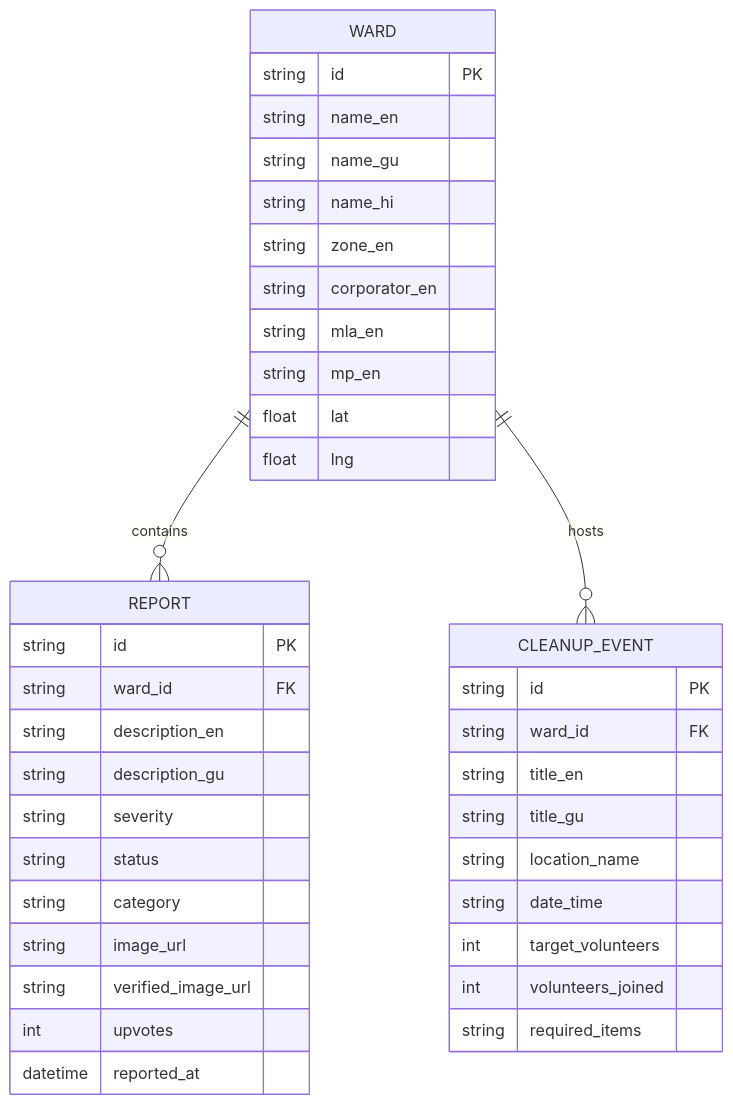
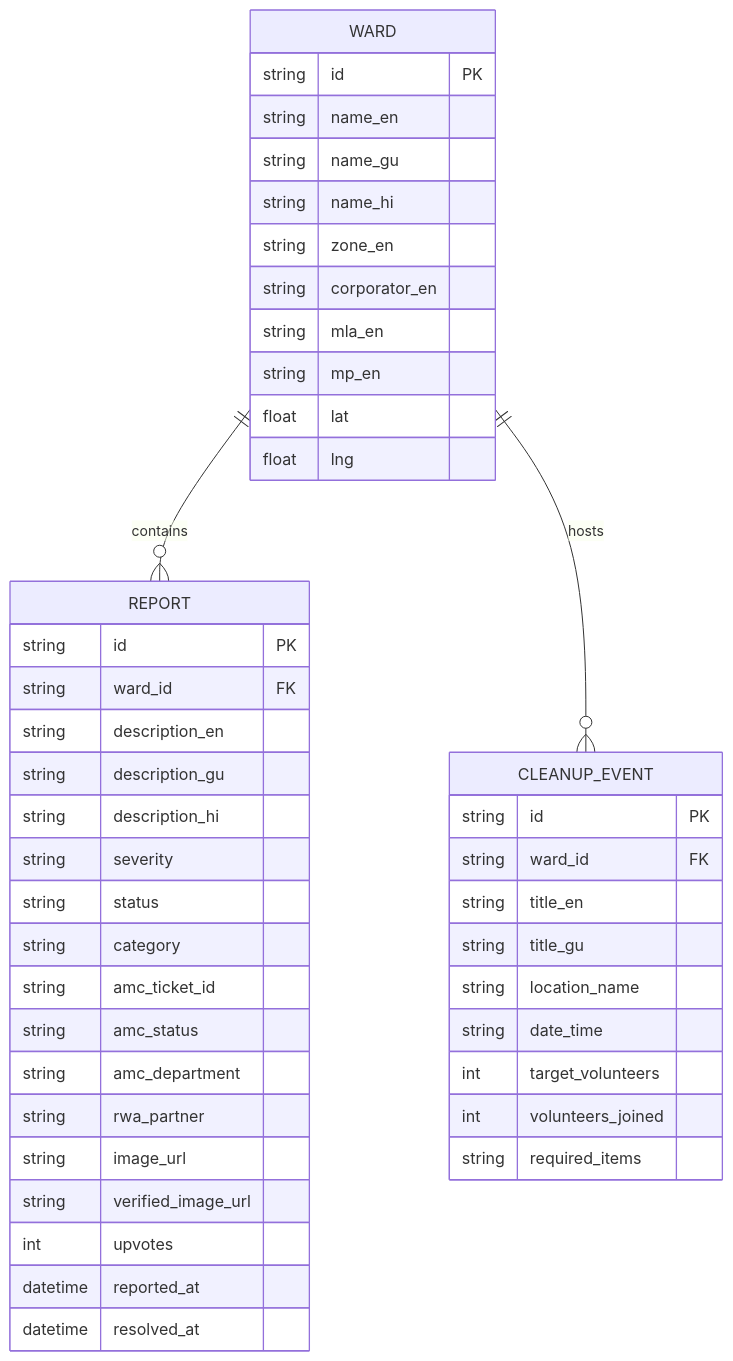
The diagram in README.md (andrewshiva/AmdavadSafai), drawn with Mermaid before and after one commit. The commit also changed other lines of this file and 22 other files, not shown here.

Commit message:
fix: resolve AMC ticket hex slice bug with authentic 5-digit format, enrich all 65 reports with CCRS metadata, add 1-click copy ticket, enable ticket search, and update documentation

````diff
--- a/README.md
+++ b/README.md
@@ -124,44 +146,50 @@
 ```mermaid
 erDiagram
     WARD ||--o{ REPORT : contains
     WARD ||--o{ CLEANUP_EVENT : hosts
 
     WARD {
         string id PK
         string name_en
         string name_gu
         string name_hi
         string zone_en
         string corporator_en
         string mla_en
         string mp_en
         float lat
         float lng
     }
 
     REPORT {
         string id PK
         string ward_id FK
         string description_en
         string description_gu
+        string description_hi
         string severity
         string status
         string category
+        string amc_ticket_id
+        string amc_status
+        string amc_department
+        string rwa_partner
         string image_url
         string verified_image_url
         int upvotes
         datetime reported_at
+        datetime resolved_at
     }
 
     CLEANUP_EVENT {
         string id PK
         string ward_id FK
         string title_en
         string title_gu
         string location_name
         string date_time
         int target_volunteers
         int volunteers_joined
         string required_items
     }
 ```
````
